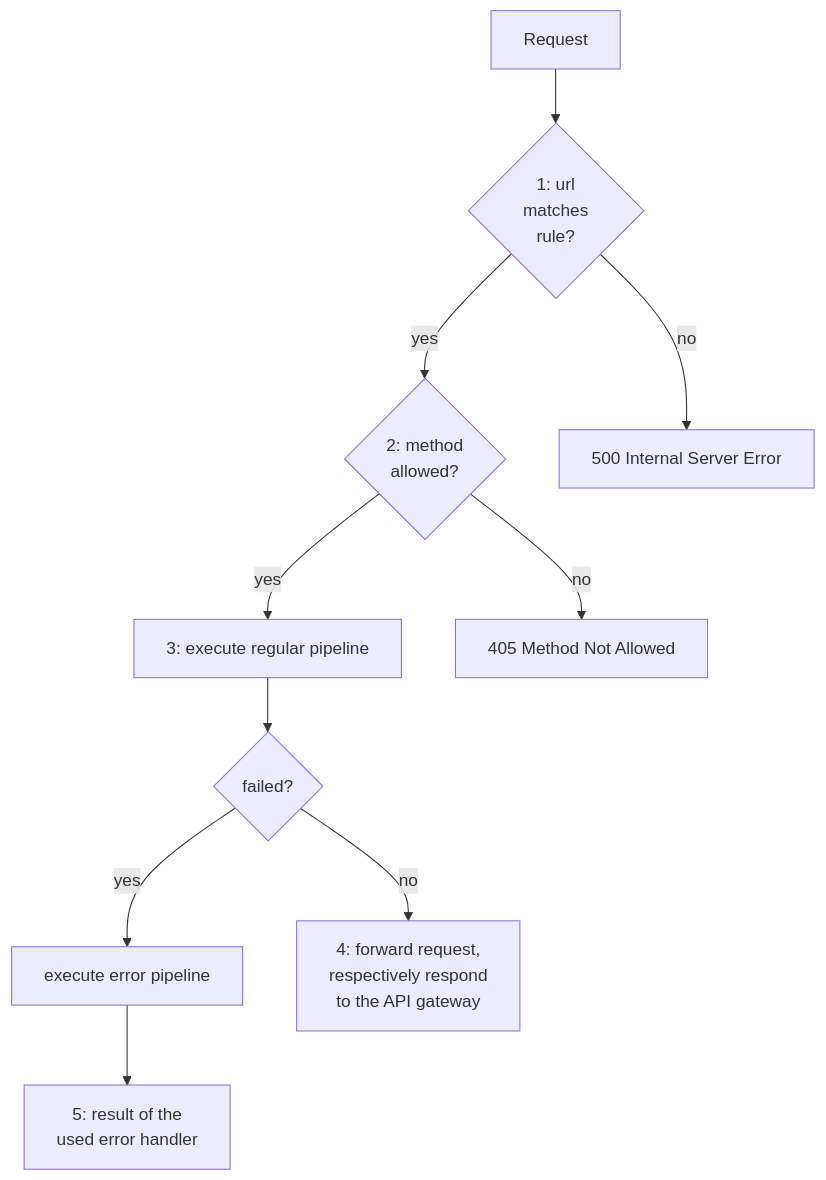
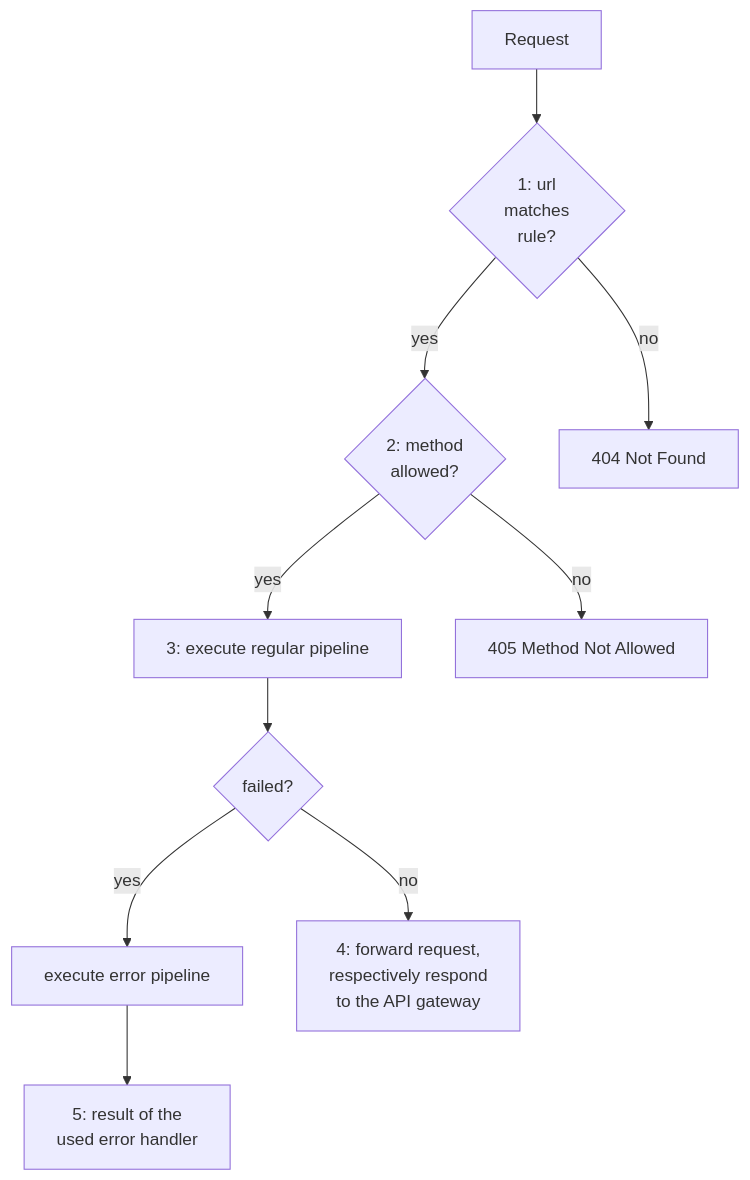
Before and after one commit to dadrus/heimdall: the diagram in docs/content/docs/getting_started/concepts.adoc, drawn with Mermaid. The commit also changed 6 other files, not shown here.

```diff
--- a/docs/content/docs/getting_started/concepts.adoc
+++ b/docs/content/docs/getting_started/concepts.adoc
@@ -60,13 +60,13 @@
 [mermaid, format=svg, width=70%]
 ....
 flowchart TD
     req[Request] --> findRule{1: url\nmatches\nrule?}
     findRule -->|yes| methodCheck{2: method\nallowed?}
-    findRule -->|no| err1[500 Internal Server Error]
+    findRule -->|no| err1[404 Not Found]
     methodCheck -->|yes| regularPipeline[3: execute regular pipeline]
     methodCheck -->|no| err2[405 Method Not Allowed]
     regularPipeline --> failed{failed?}
     failed -->|yes| errPipeline[execute error pipeline]
     failed -->|no| success[4: forward request,\nrespectively respond\nto the API gateway]
     errPipeline --> errResult[5: result of the\nused error handler]
 ....
```
